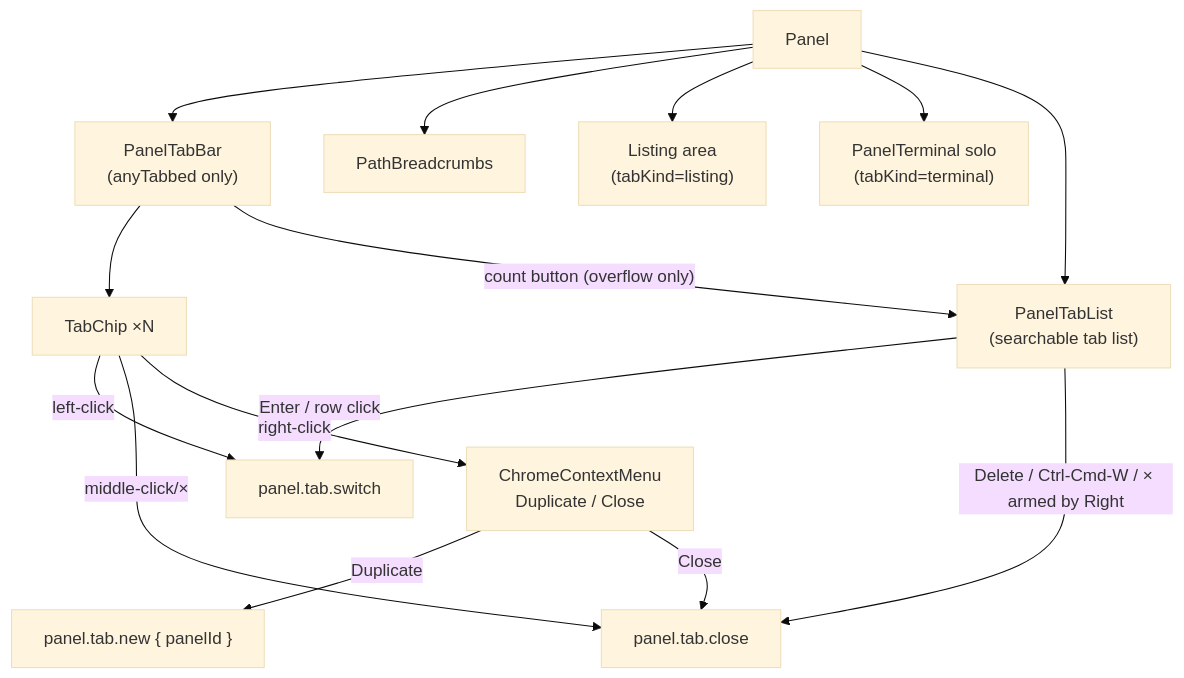
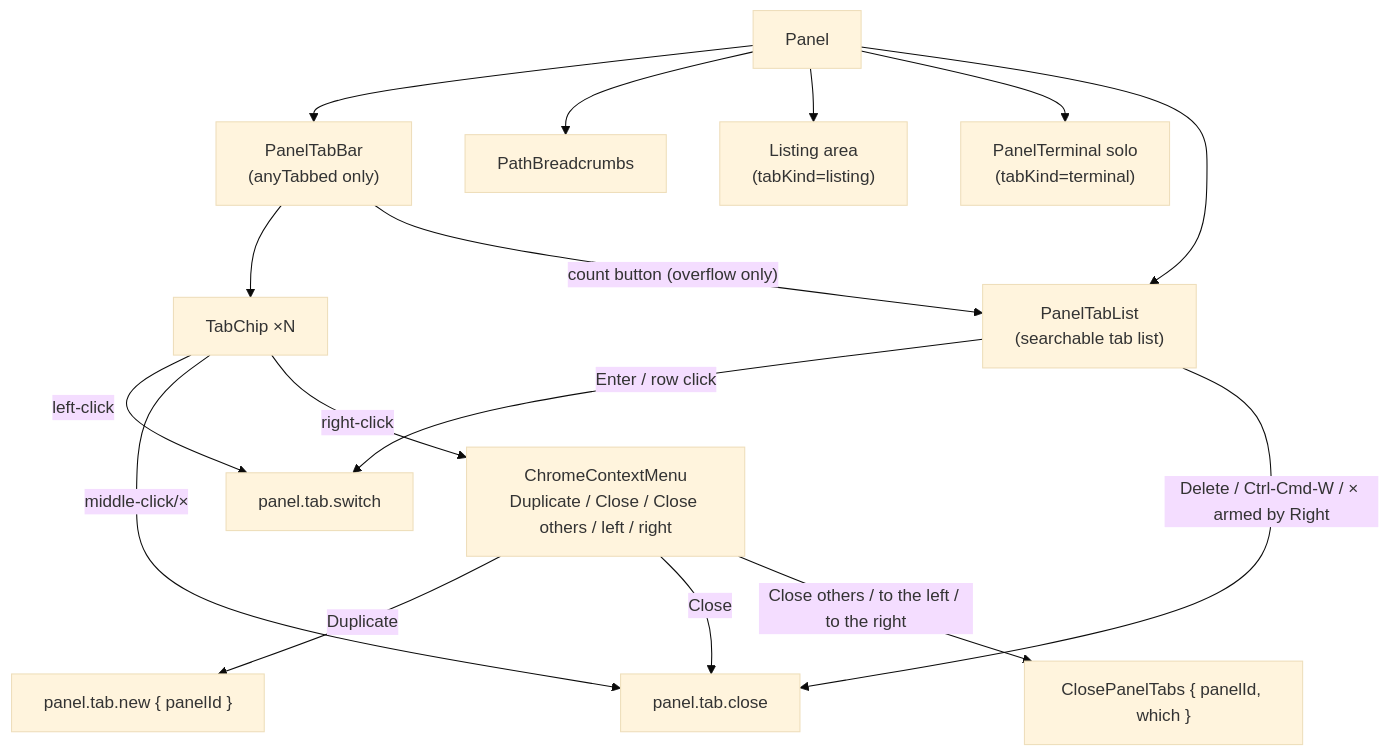
Before and after one commit to ktxed/fbro: the third of 3 diagrams in spex/tabs.md, drawn with Mermaid (base theme). The commit also changed other lines of this file and 8 other files, not shown here.

First line of the commit message:
feat(tabs): add Close others / to the left / to the right to the tab menu

````diff
--- a/spex/tabs.md
+++ b/spex/tabs.md
@@ -428,17 +445,18 @@
 ```mermaid
 graph TD
     Panel --> PanelTabBar["PanelTabBar\n(anyTabbed only)"]
     Panel --> PathBreadcrumbs
     Panel --> ListingArea["Listing area\n(tabKind=listing)"]
     Panel --> PanelTerminal["PanelTerminal solo\n(tabKind=terminal)"]
     PanelTabBar --> TabChip["TabChip ×N"]
     TabChip -- left-click --> switch["panel.tab.switch"]
     TabChip -- middle-click/× --> close["panel.tab.close"]
-    TabChip -- right-click --> ChromeContextMenu["ChromeContextMenu\nDuplicate / Close"]
+    TabChip -- right-click --> ChromeContextMenu["ChromeContextMenu\nDuplicate / Close / Close others / left / right"]
     ChromeContextMenu -- Duplicate --> new["panel.tab.new { panelId }"]
     ChromeContextMenu -- Close --> close
+    ChromeContextMenu -- Close others / to the left / to the right --> closeMany["ClosePanelTabs { panelId, which }"]
     Panel --> PanelTabList["PanelTabList\n(searchable tab list)"]
     PanelTabBar -- count button (overflow only) --> PanelTabList
     PanelTabList -- Enter / row click --> switch
     PanelTabList -- Delete / Ctrl-Cmd-W / × armed by Right --> close
 ```
````
